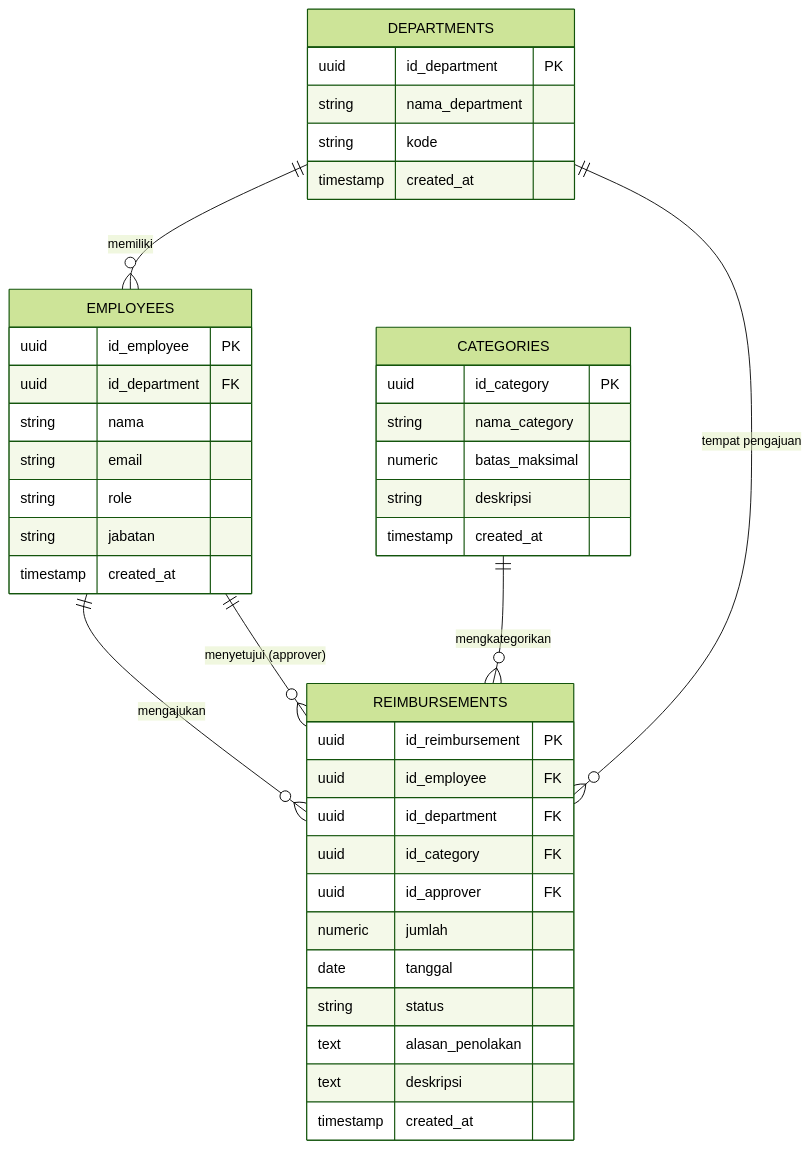
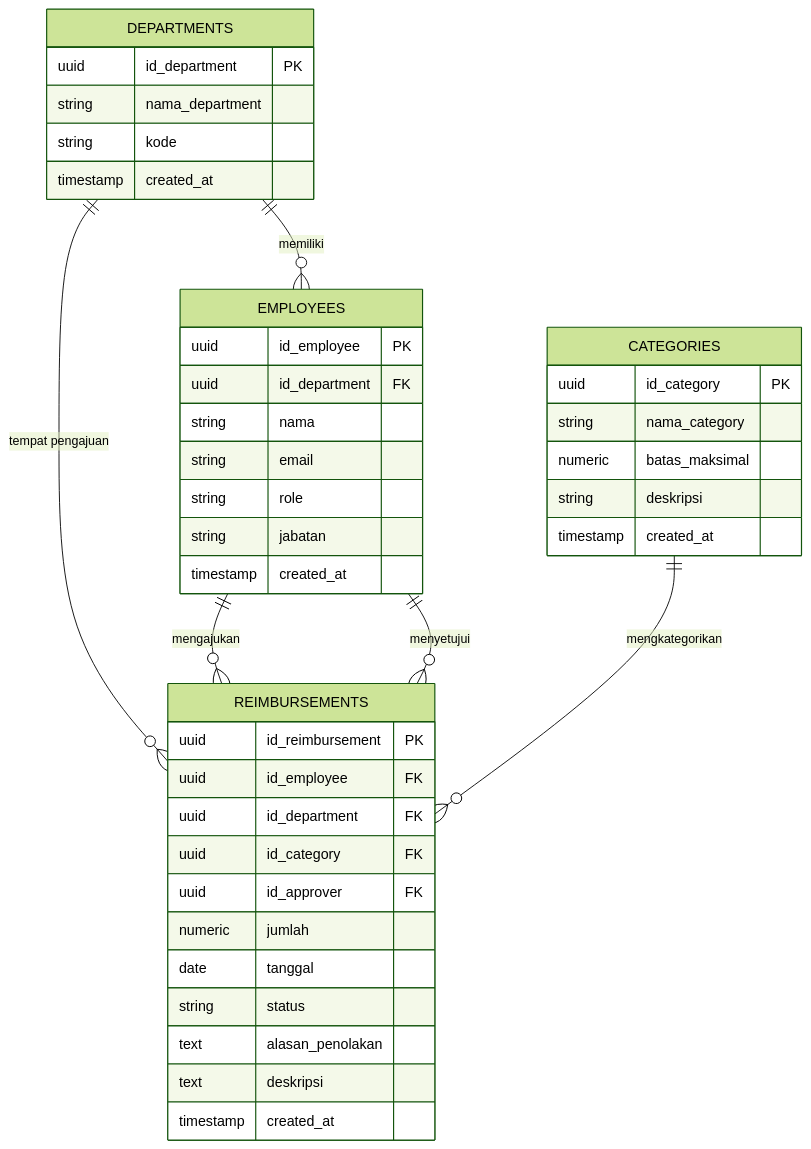
The first of 2 diagrams in README.md (sulistianisketch/reimbursement-app), drawn with Mermaid (forest theme) before and after one commit. The commit also changed other lines of this file, not shown here.

````diff
--- a/README.md
+++ b/README.md
@@ -43,47 +43,47 @@
 ```mermaid
 erDiagram
     DEPARTMENTS  ||--o{ EMPLOYEES      : "memiliki"
     DEPARTMENTS  ||--o{ REIMBURSEMENTS : "tempat pengajuan"
     EMPLOYEES    ||--o{ REIMBURSEMENTS : "mengajukan"
+    EMPLOYEES    ||--o{ REIMBURSEMENTS : "menyetujui"
     CATEGORIES   ||--o{ REIMBURSEMENTS : "mengkategorikan"
-    EMPLOYEES    ||--o{ REIMBURSEMENTS : "menyetujui (approver)"
 
     DEPARTMENTS {
         uuid    id_department PK
         string  nama_department
         string  kode
         timestamp created_at
     }
 
     EMPLOYEES {
         uuid    id_employee PK
         uuid    id_department FK
         string  nama
         string  email
         string  role
         string  jabatan
         timestamp created_at
     }
 
     CATEGORIES {
         uuid    id_category PK
         string  nama_category
         numeric batas_maksimal
         string  deskripsi
         timestamp created_at
     }
 
     REIMBURSEMENTS {
         uuid    id_reimbursement PK
         uuid    id_employee FK
         uuid    id_department FK
         uuid    id_category FK
         uuid    id_approver FK
         numeric jumlah
         date    tanggal
         string  status
         text    alasan_penolakan
         text    deskripsi
         timestamp created_at
     }
 ```
````
